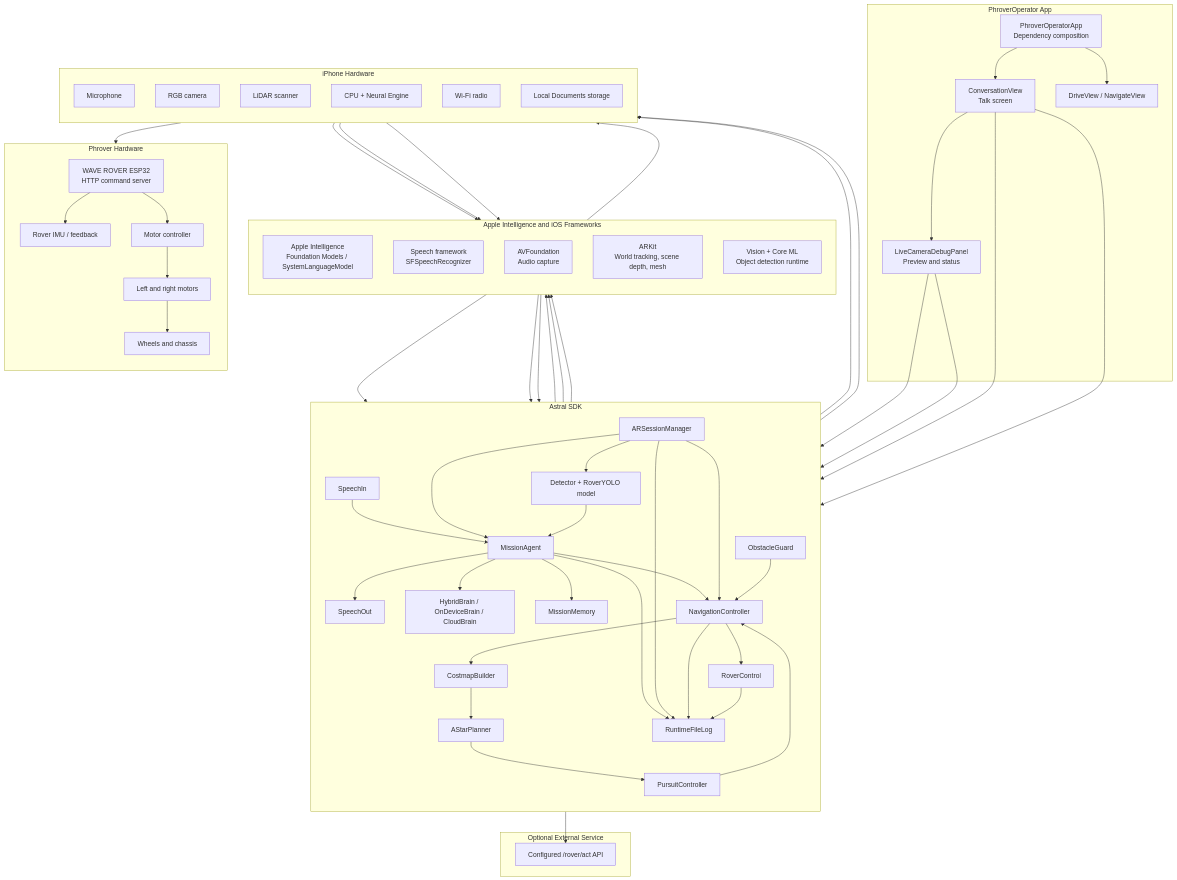
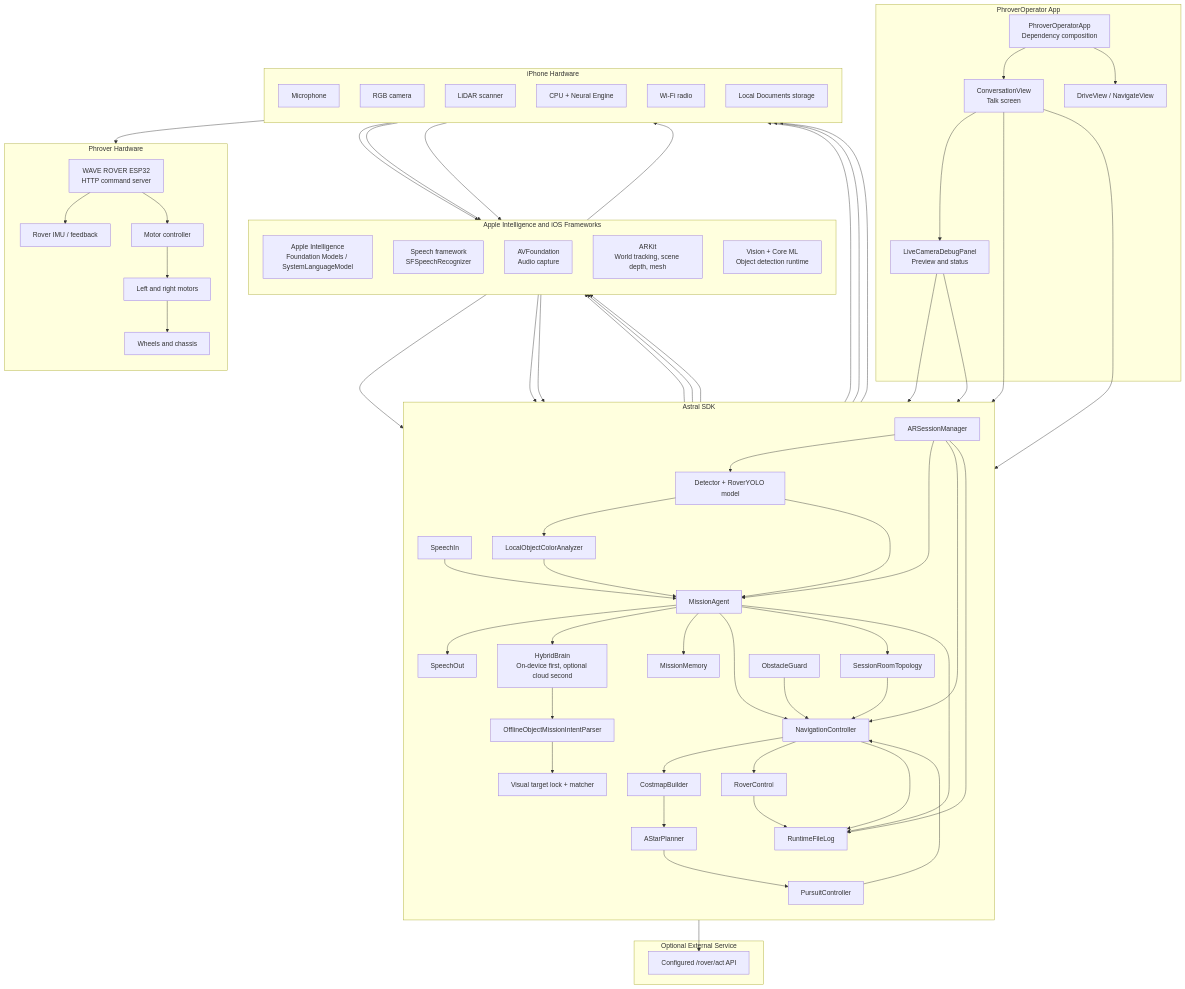
One commit to astral-us/astral-sdk changed the second of 3 diagrams in docs/phrover-fixes-2026-07-08.md. Above: the diagram before and after it, drawn with Mermaid. The commit also changed other lines of this file and 1 other file, not shown here.

Commit message:
Document offline object mission implementation

```diff
--- a/docs/phrover-fixes-2026-07-08.md
+++ b/docs/phrover-fixes-2026-07-08.md
@@ -610,8 +623,12 @@
         SpeechIn["SpeechIn"]
         SpeechOut["SpeechOut"]
         Agent["MissionAgent"]
-        BrainAdapter["HybridBrain / OnDeviceBrain / CloudBrain"]
+        BrainAdapter["HybridBrain<br/>On-device first, optional cloud second"]
+        OfflineParser["OfflineObjectMissionIntentParser"]
+        TargetMatcher["Visual target lock + matcher"]
+        ColorAnalyzer["LocalObjectColorAnalyzer"]
         Memory["MissionMemory"]
+        Topology["SessionRoomTopology"]
         ARManager["ARSessionManager"]
         Detector["Detector + RoverYOLO model"]
         Nav["NavigationController"]
@@ -673,6 +690,8 @@
     Agent --> BrainAdapter
     BrainAdapter --> FoundationModels
     BrainAdapter --> CloudAPI
+    BrainAdapter --> OfflineParser
+    OfflineParser --> TargetMatcher
     Agent --> Memory
 
     RGBCamera --> ARKit
@@ -680,11 +699,16 @@
     ARKit --> ARManager
     ARManager --> Detector
     Detector --> VisionCoreML
+    Detector --> ColorAnalyzer
     VisionCoreML --> Compute
+    ColorAnalyzer --> Compute
     ARManager --> Agent
     Detector --> Agent
+    ColorAnalyzer --> Agent
 
     Agent --> Nav
+    Agent --> Topology
+    Topology --> Nav
     ARManager --> Nav
     Nav --> Mapping
     Mapping --> Planner
```
